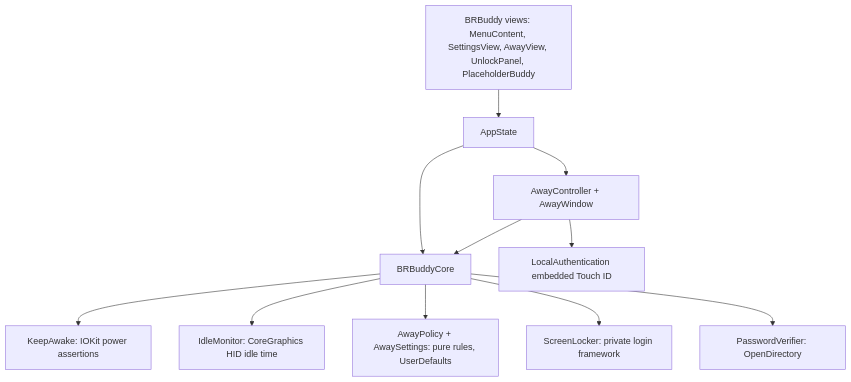
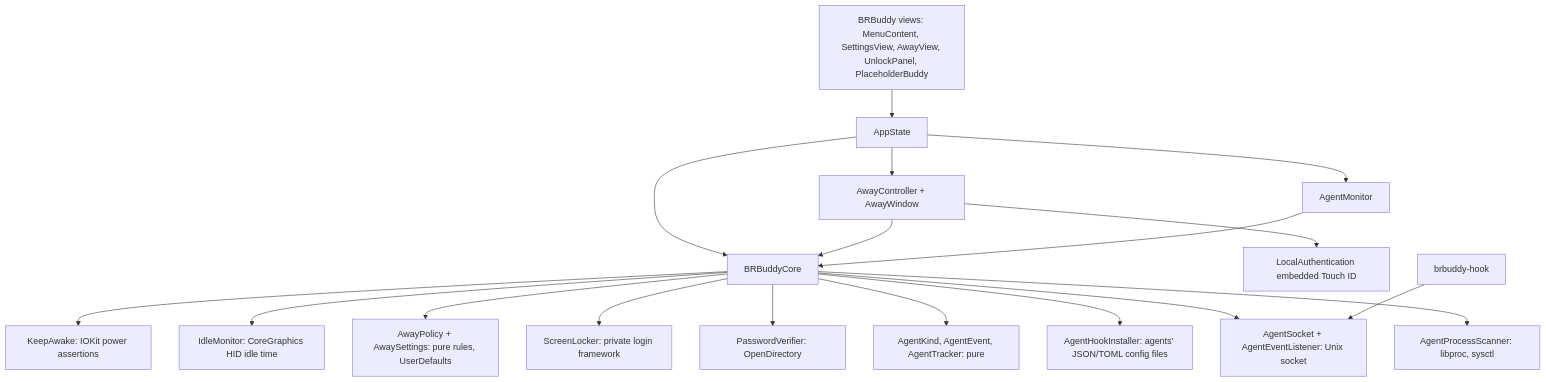
Before and after one commit to dhaataalimited-hub/brbuddy: the second of 2 diagrams in docs/architecture/README.md, drawn with Mermaid. The commit also changed other lines of this file and 25 other files, not shown here.

````diff
--- a/docs/architecture/README.md
+++ b/docs/architecture/README.md
@@ -37,13 +46,20 @@
 ```mermaid
 flowchart TD
   Views[BRBuddy views: MenuContent, SettingsView, AwayView, UnlockPanel, PlaceholderBuddy] --> State[AppState]
   State --> Away[AwayController + AwayWindow]
   State --> Core[BRBuddyCore]
   Away --> Core
   Core --> KA[KeepAwake: IOKit power assertions]
   Core --> Idle[IdleMonitor: CoreGraphics HID idle time]
   Core --> Policy[AwayPolicy + AwaySettings: pure rules, UserDefaults]
   Core --> Lock[ScreenLocker: private login framework]
   Core --> PW[PasswordVerifier: OpenDirectory]
   Away --> LA[LocalAuthentication embedded Touch ID]
+  State --> Mon[AgentMonitor]
+  Mon --> Core
+  Core --> Agents[AgentKind, AgentEvent, AgentTracker: pure]
+  Core --> Inst[AgentHookInstaller: agents' JSON/TOML config files]
+  Core --> Sock[AgentSocket + AgentEventListener: Unix socket]
+  Core --> Scan[AgentProcessScanner: libproc, sysctl]
+  Helper[brbuddy-hook] --> Sock
 ```
````
